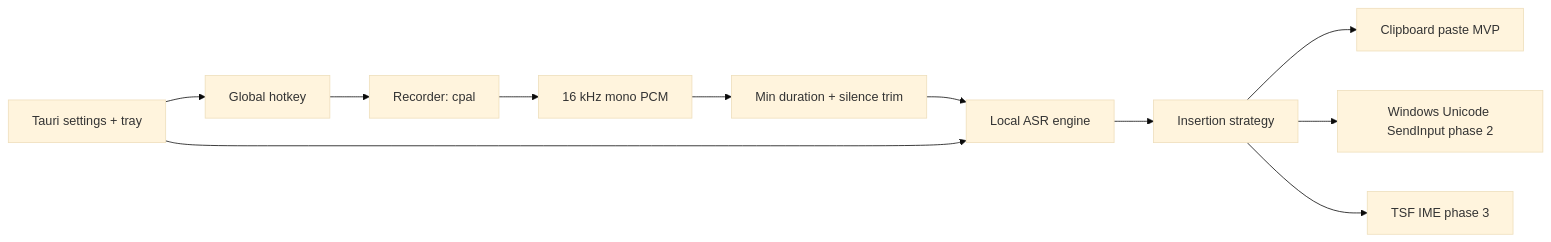
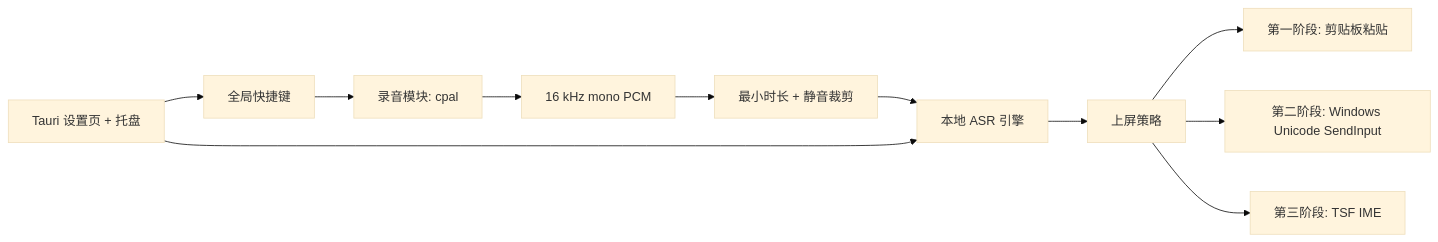
Before and after one commit to snowcraneww/vox-type: the diagram in TMP/research/solution-analysis.md, drawn with Mermaid (base theme). The commit also changed other lines of this file and 14 other files, not shown here.

````diff
--- a/TMP/research/solution-analysis.md
+++ b/TMP/research/solution-analysis.md
@@ -80,13 +80,13 @@
 ```mermaid
 flowchart LR
-    Hotkey[Global hotkey] --> Recorder[Recorder: cpal]
+    Hotkey[全局快捷键] --> Recorder[录音模块: cpal]
     Recorder --> Audio[16 kHz mono PCM]
-    Audio --> Trim[Min duration + silence trim]
-    Trim --> ASR[Local ASR engine]
-    ASR --> Insert[Insertion strategy]
-    Insert --> Clipboard[Clipboard paste MVP]
-    Insert --> Unicode[Windows Unicode SendInput phase 2]
-    Insert --> TSF[TSF IME phase 3]
-    UI[Tauri settings + tray] --> Hotkey
+    Audio --> Trim[最小时长 + 静音裁剪]
+    Trim --> ASR[本地 ASR 引擎]
+    ASR --> Insert[上屏策略]
+    Insert --> Clipboard[第一阶段: 剪贴板粘贴]
+    Insert --> Unicode[第二阶段: Windows Unicode SendInput]
+    Insert --> TSF[第三阶段: TSF IME]
+    UI[Tauri 设置页 + 托盘] --> Hotkey
     UI --> ASR
 ```
````
